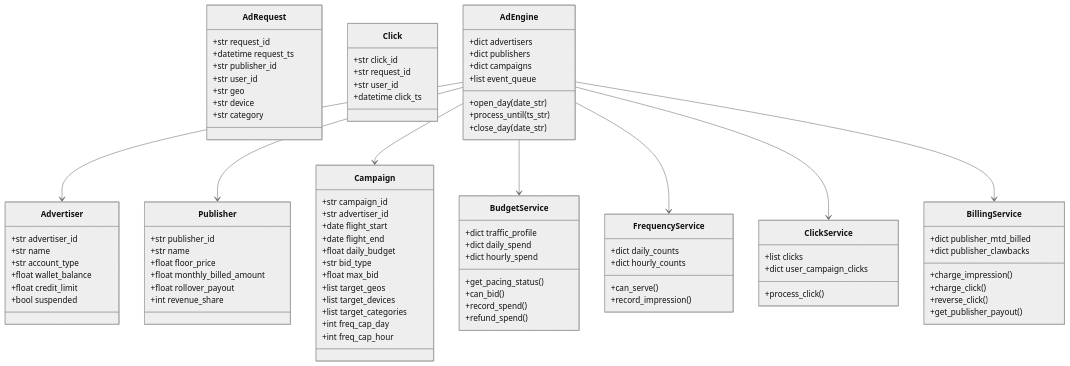
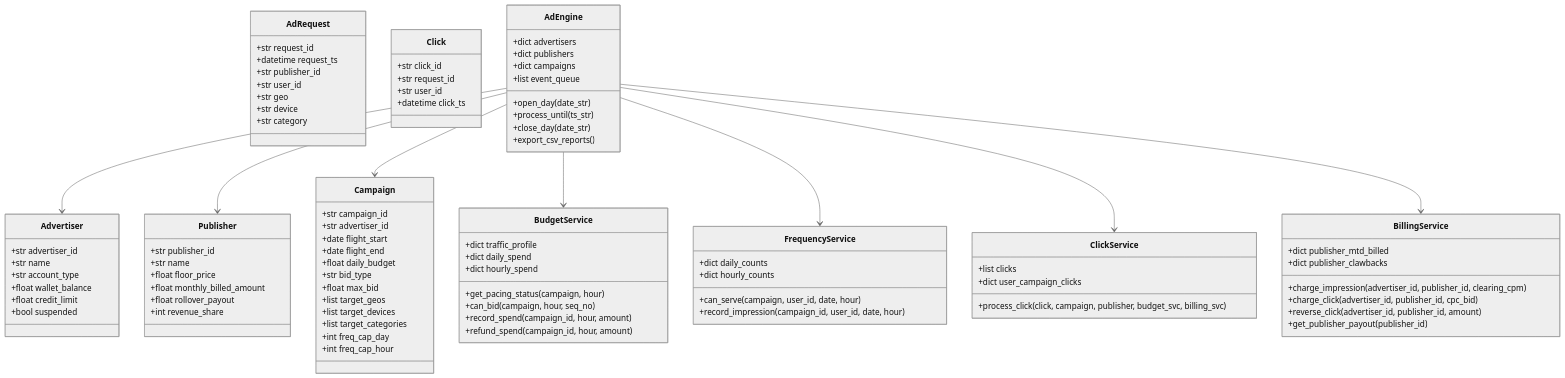
Before and after one commit to yashwanth06s/T049-PS-091-: the first of 5 diagrams in docs/DESIGN_DOCUMENT.md, drawn with Mermaid (neutral theme). The commit also changed other lines of this file and 7 other files, not shown here.

```diff
--- a/docs/DESIGN_DOCUMENT.md
+++ b/docs/DESIGN_DOCUMENT.md
@@ -92,38 +93,39 @@
         +open_day(date_str)
         +process_until(ts_str)
         +close_day(date_str)
+        +export_csv_reports()
     }
 
     class BudgetService {
         +dict traffic_profile
         +dict daily_spend
         +dict hourly_spend
-        +get_pacing_status()
-        +can_bid()
-        +record_spend()
-        +refund_spend()
+        +get_pacing_status(campaign, hour)
+        +can_bid(campaign, hour, seq_no)
+        +record_spend(campaign_id, hour, amount)
+        +refund_spend(campaign_id, hour, amount)
     }
 
     class FrequencyService {
         +dict daily_counts
         +dict hourly_counts
-        +can_serve()
-        +record_impression()
+        +can_serve(campaign, user_id, date, hour)
+        +record_impression(campaign_id, user_id, date, hour)
     }
 
     class ClickService {
         +list clicks
         +dict user_campaign_clicks
-        +process_click()
+        +process_click(click, campaign, publisher, budget_svc, billing_svc)
     }
 
     class BillingService {
         +dict publisher_mtd_billed
         +dict publisher_clawbacks
-        +charge_impression()
-        +charge_click()
-        +reverse_click()
-        +get_publisher_payout()
+        +charge_impression(advertiser_id, publisher_id, clearing_cpm)
+        +charge_click(advertiser_id, publisher_id, cpc_bid)
+        +reverse_click(advertiser_id, publisher_id, amount)
+        +get_publisher_payout(publisher_id)
     }
 
     AdEngine --> Advertiser
```
